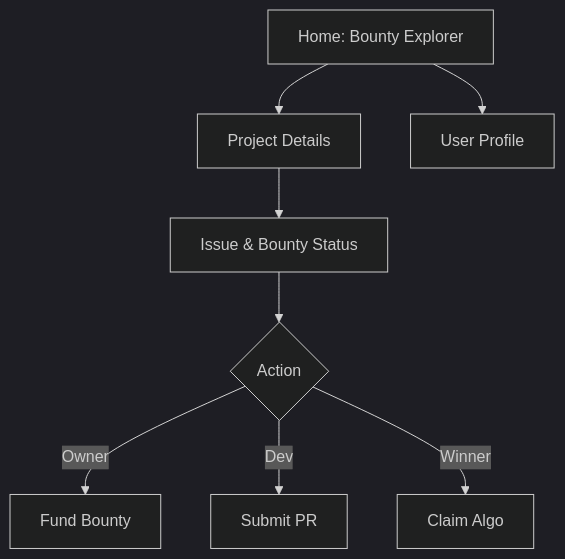
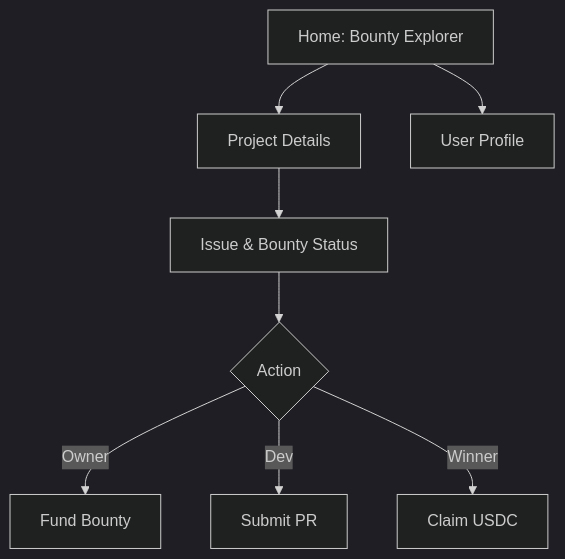
Before and after one commit to p2arthur/wesource-test-bounties: the second of 3 diagrams in docs/CAPSTONE_MILESTONE_2_PRESENTATION.md, drawn with Mermaid (dark theme). The commit also changed other lines of this file, not shown here.

````diff
--- a/docs/CAPSTONE_MILESTONE_2_PRESENTATION.md
+++ b/docs/CAPSTONE_MILESTONE_2_PRESENTATION.md
@@ -70,10 +70,10 @@
 ```mermaid
 graph TD
   Home[Home: Bounty Explorer] --> Project[Project Details]
   Home --> Profile[User Profile]
   Project --> Issue[Issue & Bounty Status]
   Issue --> Action{Action}
   Action -->|Owner| Fund[Fund Bounty]
   Action -->|Dev| Submit[Submit PR]
-  Action -->|Winner| Claim[Claim Algo]
+  Action -->|Winner| Claim[Claim USDC]
 ```
````
